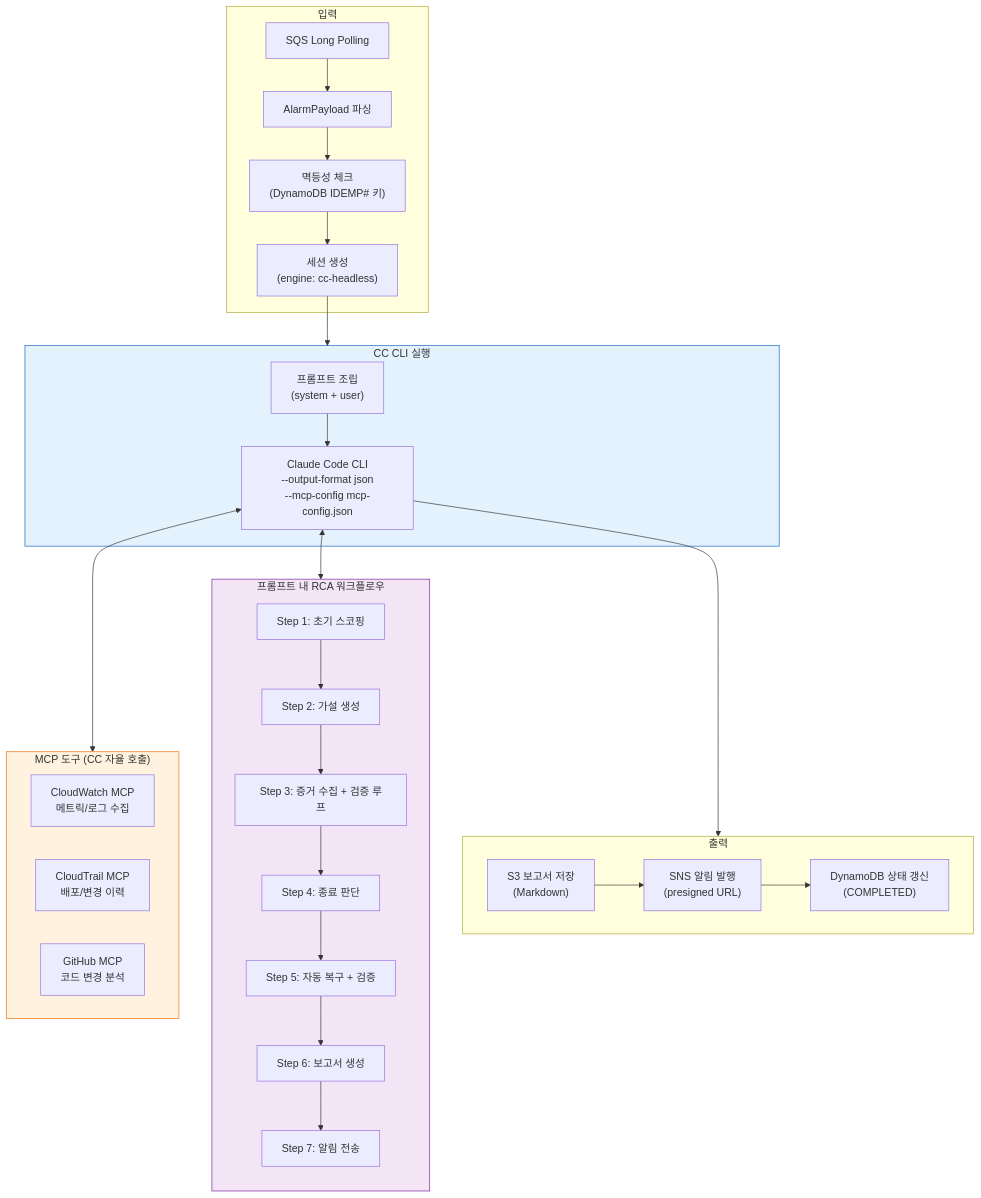
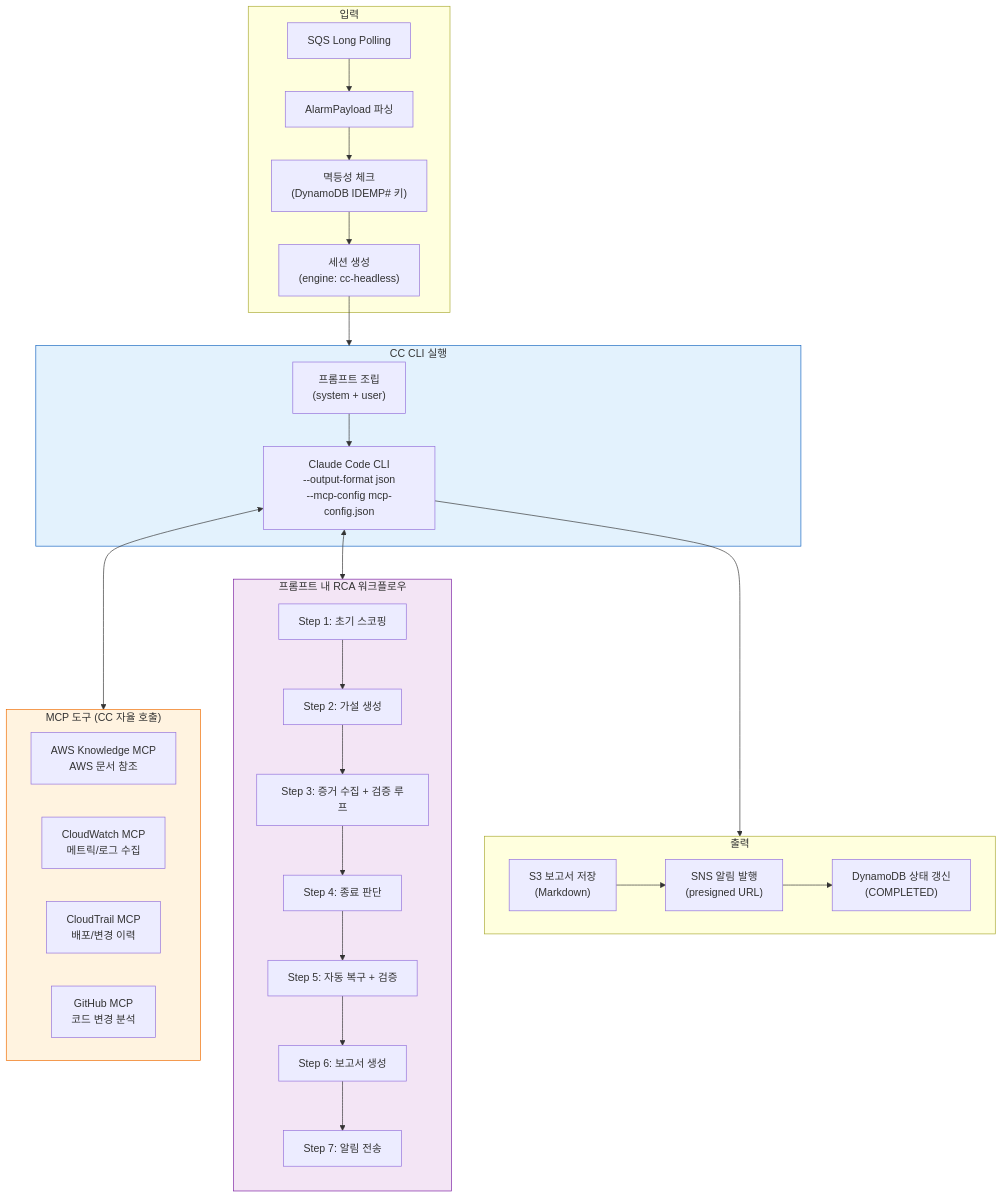
Before and after one commit to haandol/rca-agent: the second of 7 diagrams in docs/architecture-and-demo-flow.md, drawn with Mermaid. The commit also changed other lines of this file and 12 other files, not shown here.

````diff
--- a/docs/architecture-and-demo-flow.md
+++ b/docs/architecture-and-demo-flow.md
@@ -127,50 +121,51 @@
 ```mermaid
 flowchart TD
     subgraph Input["입력"]
         SQS["SQS Long Polling"]
         PARSE["AlarmPayload 파싱"]
         DEDUP["멱등성 체크<br/>(DynamoDB IDEMP# 키)"]
         SESSION["세션 생성<br/>(engine: cc-headless)"]
         SQS --> PARSE --> DEDUP --> SESSION
     end
 
     subgraph CCExec["CC CLI 실행"]
         PROMPT["프롬프트 조립<br/>(system + user)"]
         CC["Claude Code CLI<br/>--output-format json<br/>--mcp-config mcp-config.json"]
         PROMPT --> CC
     end
 
     subgraph MCPTools["MCP 도구 (CC 자율 호출)"]
+        AK["AWS Knowledge MCP<br/>AWS 문서 참조"]
         CW["CloudWatch MCP<br/>메트릭/로그 수집"]
         CT["CloudTrail MCP<br/>배포/변경 이력"]
         GH["GitHub MCP<br/>코드 변경 분석"]
     end
 
     subgraph RCA["프롬프트 내 RCA 워크플로우"]
         direction TB
         STEP1["Step 1: 초기 스코핑"]
         STEP2["Step 2: 가설 생성"]
         STEP3["Step 3: 증거 수집 + 검증 루프"]
         STEP4["Step 4: 종료 판단"]
         STEP5["Step 5: 자동 복구 + 검증"]
         STEP6["Step 6: 보고서 생성"]
         STEP7["Step 7: 알림 전송"]
         STEP1 --> STEP2 --> STEP3 --> STEP4 --> STEP5 --> STEP6 --> STEP7
     end
 
     subgraph Output["출력"]
         S3_REPORT["S3 보고서 저장<br/>(Markdown)"]
         SNS_NOTIFY["SNS 알림 발행<br/>(presigned URL)"]
         DDB_COMPLETE["DynamoDB 상태 갱신<br/>(COMPLETED)"]
         S3_REPORT --> SNS_NOTIFY --> DDB_COMPLETE
     end
 
     SESSION --> CCExec
     CC <--> MCPTools
     CC <--> RCA
     CC --> Output
 
     style CCExec fill:#e3f2fd,stroke:#1565c0
     style RCA fill:#f3e5f5,stroke:#7b1fa2
     style MCPTools fill:#fff3e0,stroke:#ef6c00
 ```
````
